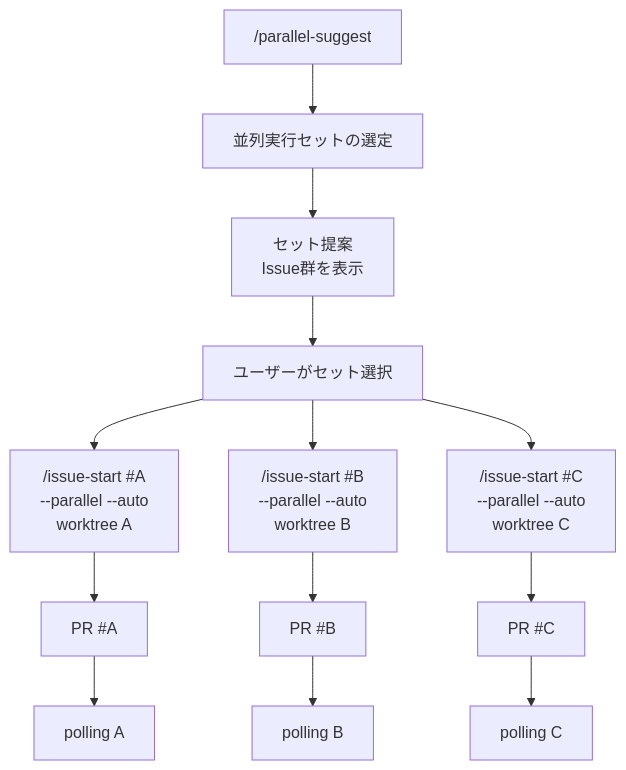
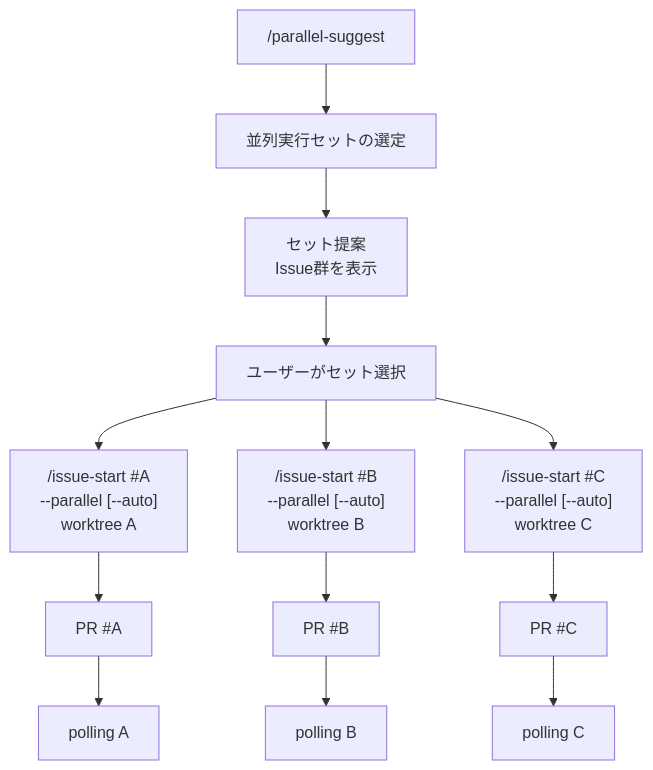
One commit to KdavisO/claude-project-template changed the fourth of 8 diagrams in docs/command-orchestration.md. Above: the diagram before and after it, drawn with Mermaid. The commit also changed other lines of this file, not shown here.

First line of the commit message:
fix: Copilot再レビュー指摘に基づくフロー図の修正（第2ラウンド）

````diff
--- a/docs/command-orchestration.md
+++ b/docs/command-orchestration.md
@@ -128,18 +128,18 @@
 ```mermaid
 flowchart TD
     PS["/parallel-suggest"] --> Select["並列実行セットの選定"]
     Select --> SetA["セット提案\nIssue群を表示"]
     SetA --> UserSelect["ユーザーがセット選択"]
 
-    UserSelect --> T1["/issue-start #A\n--parallel --auto\nworktree A"]
-    UserSelect --> T2["/issue-start #B\n--parallel --auto\nworktree B"]
-    UserSelect --> T3["/issue-start #C\n--parallel --auto\nworktree C"]
+    UserSelect --> T1["/issue-start #A\n--parallel [--auto]\nworktree A"]
+    UserSelect --> T2["/issue-start #B\n--parallel [--auto]\nworktree B"]
+    UserSelect --> T3["/issue-start #C\n--parallel [--auto]\nworktree C"]
 
     T1 --> PR1["PR #A"]
     T2 --> PR2["PR #B"]
     T3 --> PR3["PR #C"]
 
     PR1 --> Poll1["polling A"]
     PR2 --> Poll2["polling B"]
     PR3 --> Poll3["polling C"]
 ```
````
